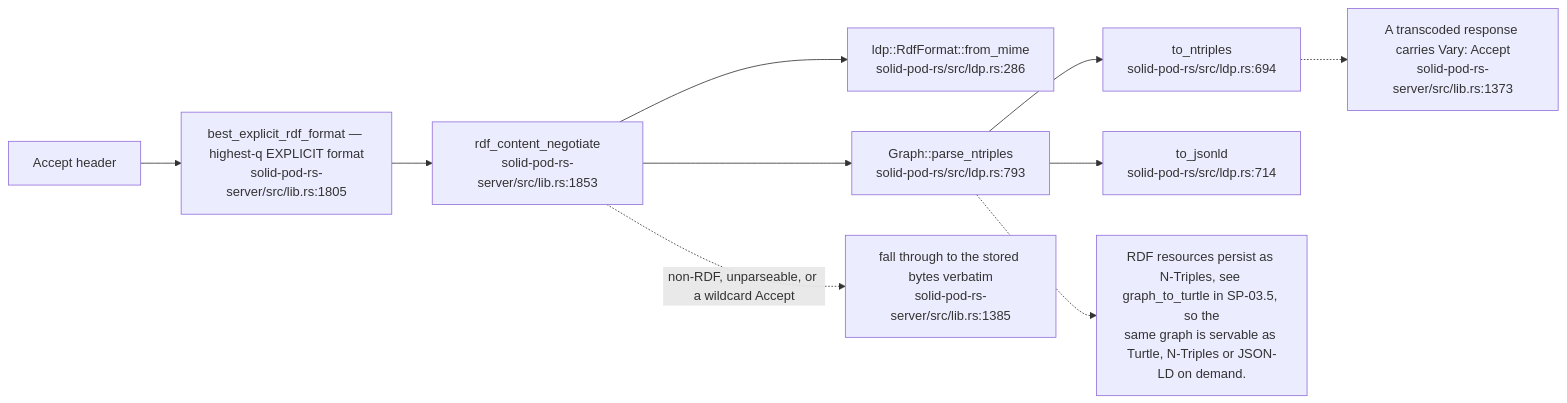
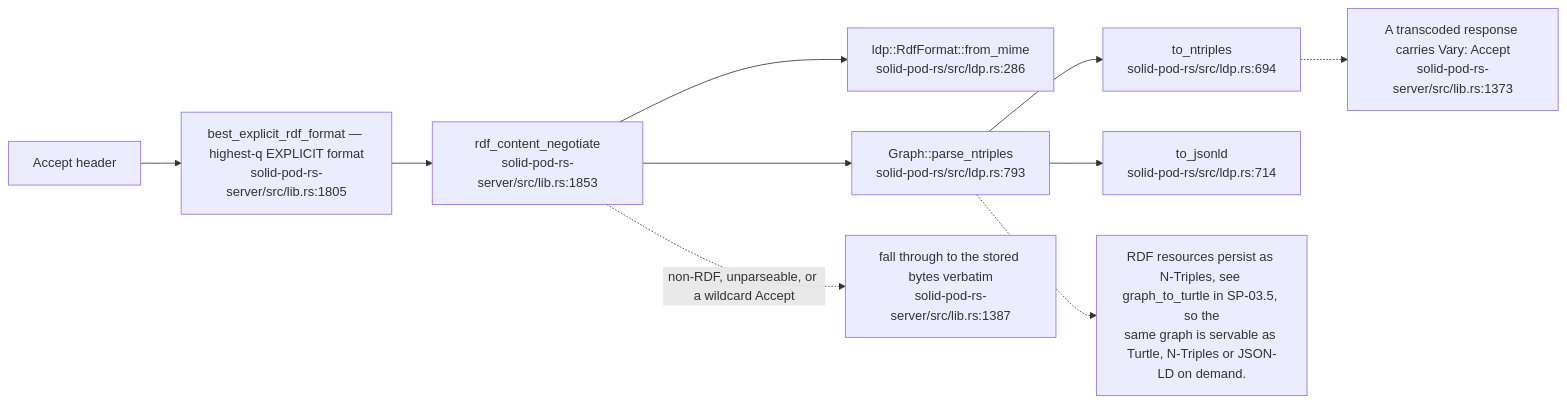
Before and after one commit to DreamLab-AI/VisionFlow: the ninth of 11 diagrams in docs/diagrams/solid-pod-rs/03-ldp-request-lifecycle.md, drawn with Mermaid. The commit also changed other lines of this file and 136 other files, not shown here.

First line of the commit message:
docs(diagrams): refresh the whole corpus to code HEAD and prune low-value diagrams

````diff
--- a/docs/diagrams/solid-pod-rs/03-ldp-request-lifecycle.md
+++ b/docs/diagrams/solid-pod-rs/03-ldp-request-lifecycle.md
@@ -293,22 +266,22 @@
 ```mermaid
 flowchart LR
     ACC["Accept header"]
     BEST["best_explicit_rdf_format — highest-q EXPLICIT format<br/>solid-pod-rs-server/src/lib.rs:1805"]
     NEG["rdf_content_negotiate<br/>solid-pod-rs-server/src/lib.rs:1853"]
     FMT["ldp::RdfFormat::from_mime<br/>solid-pod-rs/src/ldp.rs:286"]
     NT["Graph::parse_ntriples<br/>solid-pod-rs/src/ldp.rs:793"]
     OUT1["to_ntriples<br/>solid-pod-rs/src/ldp.rs:694"]
     OUT2["to_jsonld<br/>solid-pod-rs/src/ldp.rs:714"]
-    VERB["fall through to the stored bytes verbatim<br/>solid-pod-rs-server/src/lib.rs:1385"]
+    VERB["fall through to the stored bytes verbatim<br/>solid-pod-rs-server/src/lib.rs:1387"]
 
     ACC --> BEST --> NEG --> FMT
     NEG --> NT
     NT --> OUT1
     NT --> OUT2
     NEG -. "non-RDF, unparseable, or a wildcard Accept" .-> VERB
 
     N["A transcoded response carries Vary: Accept<br/>solid-pod-rs-server/src/lib.rs:1373"]
     OUT1 -.-> N
     N2["RDF resources persist as N-Triples, see graph_to_turtle in SP-03.5, so the<br/>same graph is servable as Turtle, N-Triples or JSON-LD on demand."]
     NT -.-> N2
 ```
````
